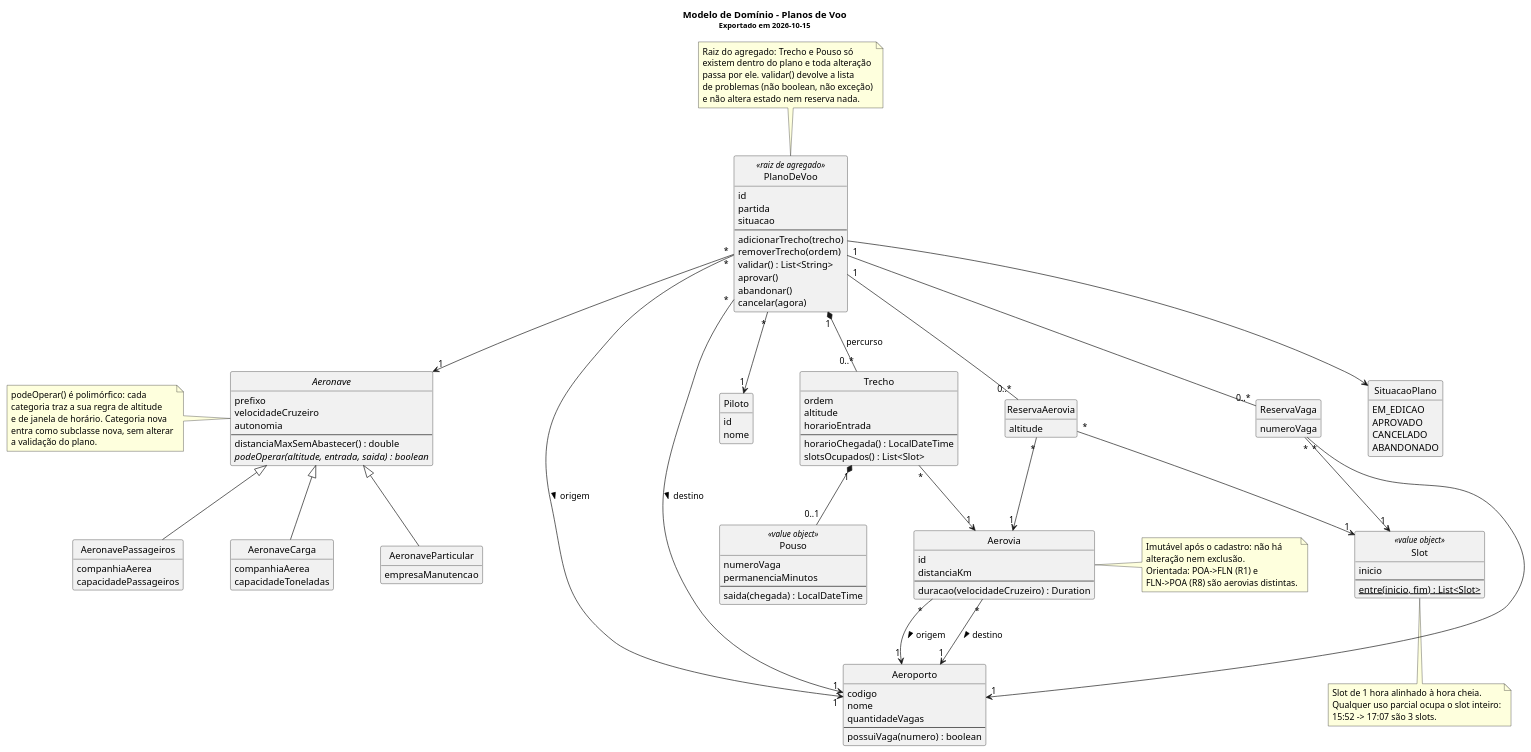
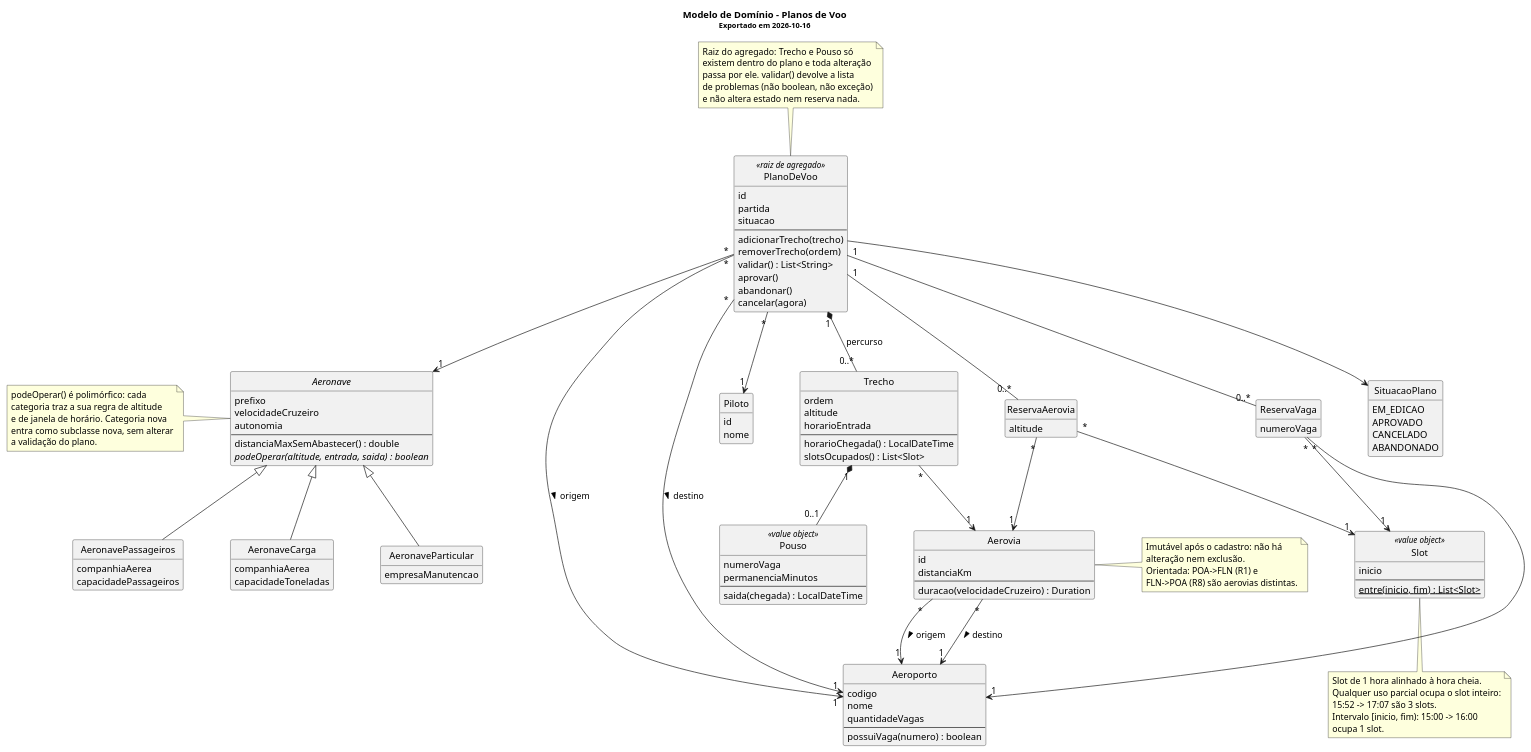
Before and after one commit to antoniocosta0/trabalho-projaq: the diagram in docs/dominio/modelo-dominio.puml, drawn with PlantUML.

Commit message:
docs: record half-open slot interval on the domain model

```diff
--- a/docs/dominio/modelo-dominio.puml
+++ b/docs/dominio/modelo-dominio.puml
@@ -1,162 +1,164 @@
 @startuml
 ' Modelo de domínio - Sistema de Gestão de Planos de Voo
 ' PUCRS - Projeto e Arquitetura de Software - 2026/2 - turma 340
 ' Entrega de 05/10. Fonte versionada; o .png é exportado deste arquivo.
 
 title
   Modelo de Domínio - Planos de Voo
-  <size:11>Exportado em 2026-10-15</size>
+  <size:11>Exportado em 2026-10-16</size>
 end title
 hide circle
 hide empty members
 skinparam classAttributeIconSize 0
 skinparam shadowing false
 skinparam nodesep 70
 skinparam ranksep 70
 
 class Aeroporto {
   codigo
   nome
   quantidadeVagas
   --
   possuiVaga(numero) : boolean
 }
 
 class Aerovia {
   id
   distanciaKm
   --
   duracao(velocidadeCruzeiro) : Duration
 }
 
 note right of Aerovia
   Imutável após o cadastro: não há
   alteração nem exclusão.
   Orientada: POA->FLN (R1) e
   FLN->POA (R8) são aerovias distintas.
 end note
 
 class Piloto {
   id
   nome
 }
 
 abstract class Aeronave {
   prefixo
   velocidadeCruzeiro
   autonomia
   --
   distanciaMaxSemAbastecer() : double
   {abstract} podeOperar(altitude, entrada, saida) : boolean
 }
 
 note left of Aeronave
   podeOperar() é polimórfico: cada
   categoria traz a sua regra de altitude
   e de janela de horário. Categoria nova
   entra como subclasse nova, sem alterar
   a validação do plano.
 end note
 
 class AeronaveParticular {
   empresaManutencao
 }
 
 class AeronavePassageiros {
   companhiaAerea
   capacidadePassageiros
 }
 
 class AeronaveCarga {
   companhiaAerea
   capacidadeToneladas
 }
 
 class PlanoDeVoo <<raiz de agregado>> {
   id
   partida
   situacao
   --
   adicionarTrecho(trecho)
   removerTrecho(ordem)
   validar() : List<String>
   aprovar()
   abandonar()
   cancelar(agora)
 }
 
 note top of PlanoDeVoo
   Raiz do agregado: Trecho e Pouso só
   existem dentro do plano e toda alteração
   passa por ele. validar() devolve a lista
   de problemas (não boolean, não exceção)
   e não altera estado nem reserva nada.
 end note
 
 class Trecho {
   ordem
   altitude
   horarioEntrada
   --
   horarioChegada() : LocalDateTime
   slotsOcupados() : List<Slot>
 }
 
 class Pouso <<value object>> {
   numeroVaga
   permanenciaMinutos
   --
   saida(chegada) : LocalDateTime
 }
 
 class Slot <<value object>> {
   inicio
   --
   {static} entre(inicio, fim) : List<Slot>
 }
 
 note bottom of Slot
   Slot de 1 hora alinhado à hora cheia.
   Qualquer uso parcial ocupa o slot inteiro:
   15:52 -> 17:07 são 3 slots.
+  Intervalo [inicio, fim): 15:00 -> 16:00
+  ocupa 1 slot.
 end note
 
 class ReservaAerovia {
   altitude
 }
 
 class ReservaVaga {
   numeroVaga
 }
 
 enum SituacaoPlano {
   EM_EDICAO
   APROVADO
   CANCELADO
   ABANDONADO
 }
 
 Aerovia "*" --> "1" Aeroporto : origem >
 Aerovia "*" --> "1" Aeroporto : destino >
 
 Aeronave <|-- AeronaveParticular
 Aeronave <|-- AeronavePassageiros
 Aeronave <|-- AeronaveCarga
 
 PlanoDeVoo "*" --> "1" Piloto
 PlanoDeVoo "*" --> "1" Aeronave
 PlanoDeVoo "*" --> "1" Aeroporto : origem >
 PlanoDeVoo "*" --> "1" Aeroporto : destino >
 PlanoDeVoo --> SituacaoPlano
 PlanoDeVoo "1" *-- "0..*" Trecho : percurso
 Trecho "*" --> "1" Aerovia
 Trecho "1" *-- "0..1" Pouso
 
 PlanoDeVoo "1" -- "0..*" ReservaAerovia
 PlanoDeVoo "1" -- "0..*" ReservaVaga
 ReservaAerovia "*" --> "1" Aerovia
 ReservaAerovia "*" --> "1" Slot
 ReservaVaga "*" --> "1" Aeroporto
 ReservaVaga "*" --> "1" Slot
 
 @enduml
```
